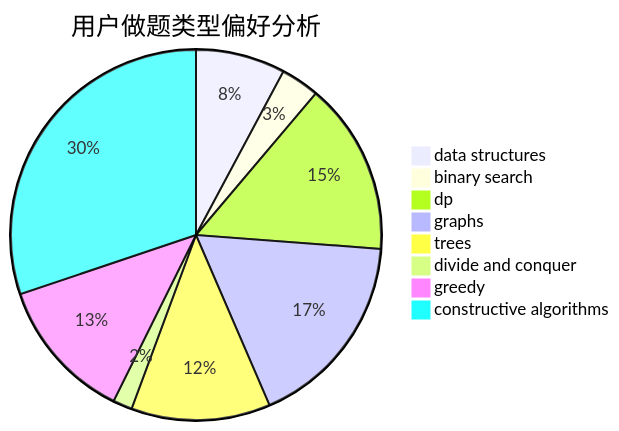
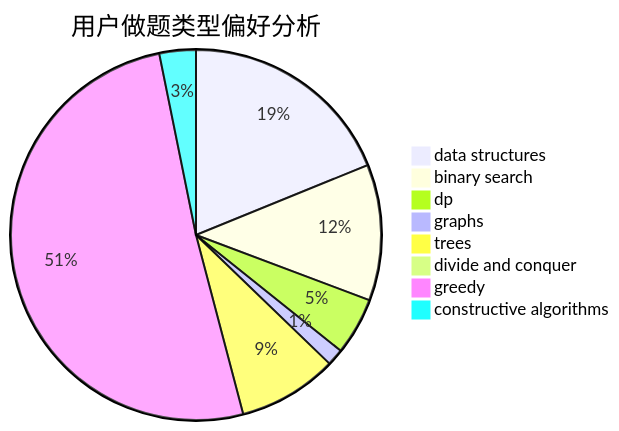
Before and after one commit to sherpahu/cfrs.github.io: the second of 3 diagrams in docs/user/u1104.md, drawn with Mermaid. The commit also changed other lines of this file and 2770 other files, not shown here.

````diff
--- a/docs/user/u1104.md
+++ b/docs/user/u1104.md
@@ -23,11 +23,11 @@
 ```mermaid
 pie title 用户做题类型偏好分析
-    "data structures" :  65
-    "binary search" :  28
-    "dp" :  125
-    "graphs" :  144
-    "trees" :  101
-    "divide and conquer" :  14
-    "greedy" :  104
-    "constructive algorithms" :  251
+    "data structures" :  154
+    "binary search" :  97
+    "dp" :  41
+    "graphs" :  12
+    "trees" :  71
+    "divide and conquer" :  0
+    "greedy" :  416
+    "constructive algorithms" :  26
 ```
````
